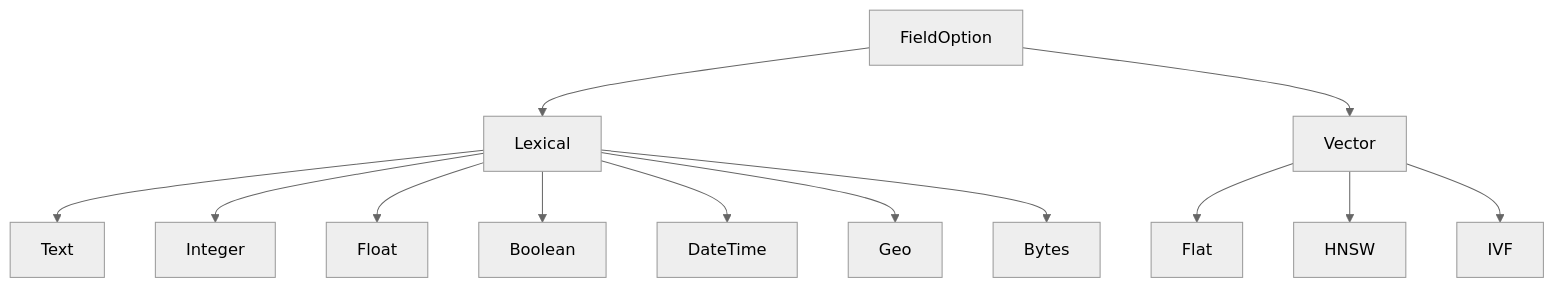
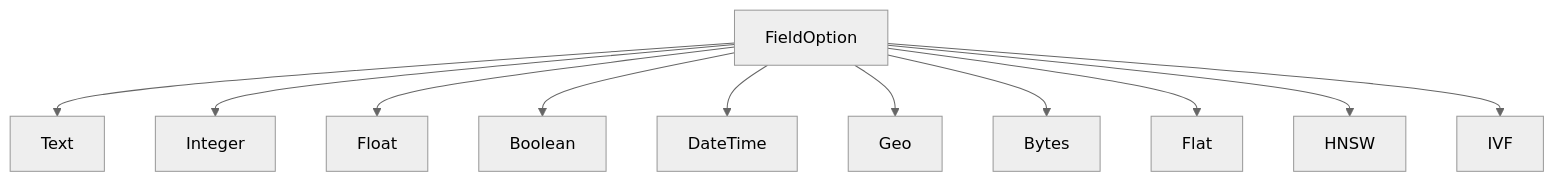
Before and after one commit to mosuka/iris: the diagram in docs/src/concepts/schema_and_fields.md, drawn with Mermaid (neutral theme). The commit also changed 29 other files, not shown here.

First line of the commit message:
Refactor schema format and CLI command structure (#244)

````diff
--- a/docs/src/concepts/schema_and_fields.md
+++ b/docs/src/concepts/schema_and_fields.md
@@ -30,18 +30,16 @@
 ```mermaid
 graph TB
     FO["FieldOption"]
-    FO --> LEX["Lexical"]
-    FO --> VEC["Vector"]
 
-    LEX --> T["Text"]
-    LEX --> I["Integer"]
-    LEX --> FL["Float"]
-    LEX --> B["Boolean"]
-    LEX --> DT["DateTime"]
-    LEX --> G["Geo"]
-    LEX --> BY["Bytes"]
+    FO --> T["Text"]
+    FO --> I["Integer"]
+    FO --> FL["Float"]
+    FO --> B["Boolean"]
+    FO --> DT["DateTime"]
+    FO --> G["Geo"]
+    FO --> BY["Bytes"]
 
-    VEC --> FLAT["Flat"]
-    VEC --> HNSW["HNSW"]
-    VEC --> IVF["IVF"]
+    FO --> FLAT["Flat"]
+    FO --> HNSW["HNSW"]
+    FO --> IVF["IVF"]
 ```
````
